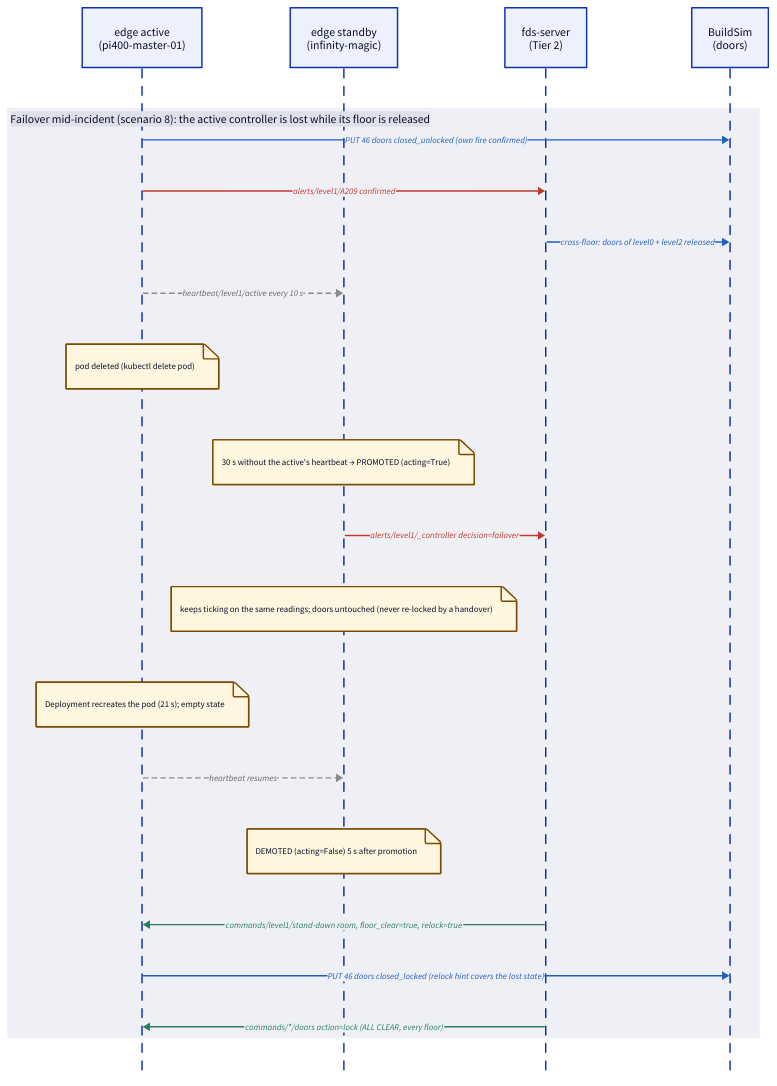
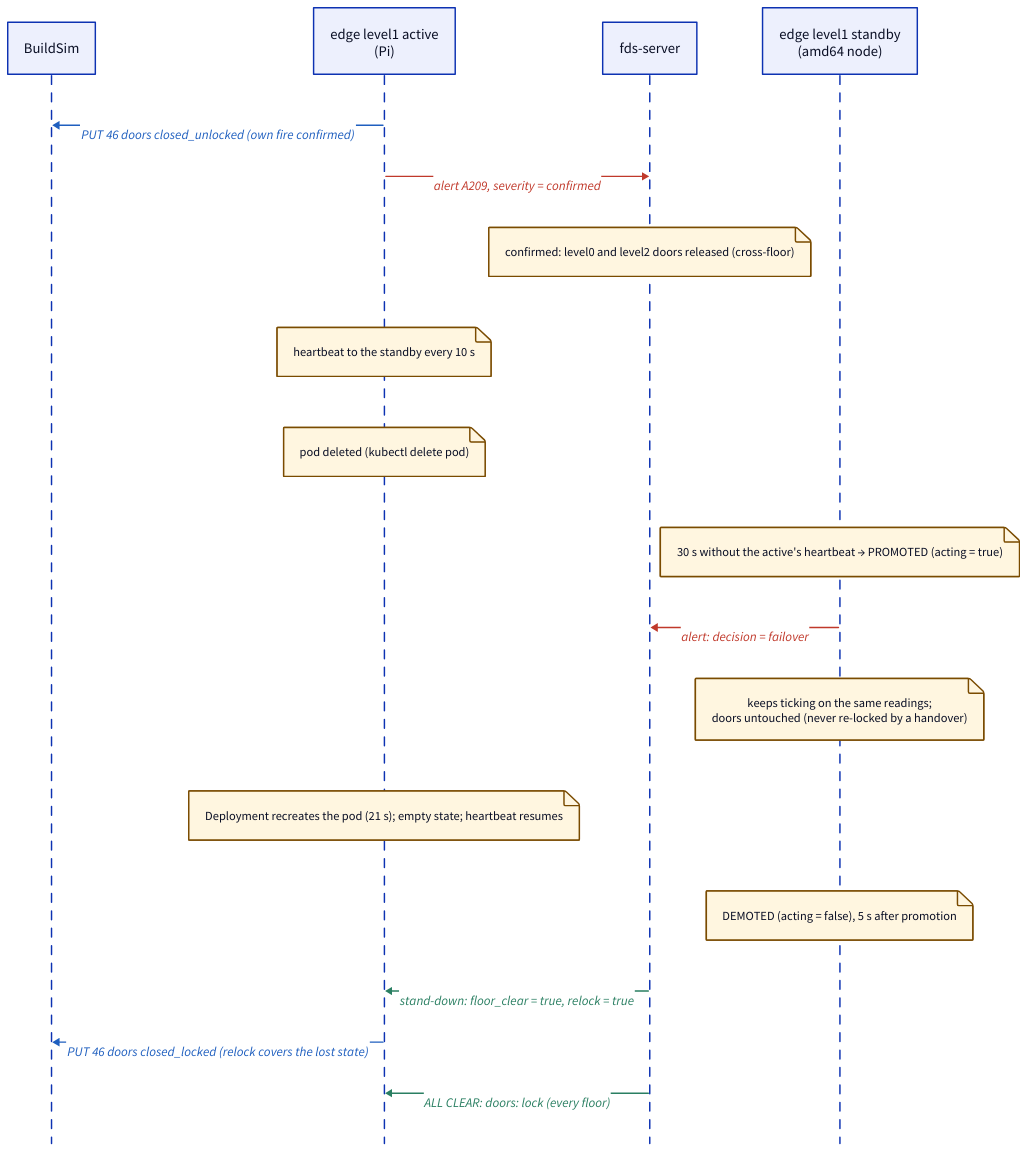
The diagram in docs/diagrams/03a-failover.d2 (applied-ai-ltu/d7065e), drawn with D2 before and after one commit. The commit also changed other lines of this file and 18 other files, not shown here.

Commit message:
docs: door-state diagram redrawn; acknowledgement of AI tool use in report and README

```diff
--- a/docs/diagrams/03a-failover.d2
+++ b/docs/diagrams/03a-failover.d2
@@ -1,31 +1,29 @@
 shape: sequence_diagram
 
 classes: {
-  hb: {style: {stroke: "#8a8a8a"; stroke-dash: 3; font-size: 12; font-color: "#666"}}
-  alert: {style: {stroke: "#c0392b"; font-color: "#c0392b"; font-size: 12}}
-  cmd: {style: {stroke: "#2a7f62"; font-color: "#2a7f62"; font-size: 12}}
-  rest: {style: {stroke: "#1f5fbf"; font-color: "#1f5fbf"; font-size: 12}}
-  note: {style: {font-size: 12; fill: "#fff6e0"; stroke: "#7a4b00"}}
+  hb: {style: {stroke: "#8a8a8a"; stroke-dash: 3; font-size: 18; font-color: "#666"}}
+  alert: {style: {stroke: "#c0392b"; font-color: "#c0392b"; font-size: 18}}
+  cmd: {style: {stroke: "#2a7f62"; font-color: "#2a7f62"; font-size: 18}}
+  rest: {style: {stroke: "#1f5fbf"; font-color: "#1f5fbf"; font-size: 18}}
+  note: {style: {font-size: 17; fill: "#fff6e0"; stroke: "#7a4b00"}}
+  actor: {style: {font-size: 20}}
 }
 
-active: "edge active\n(pi400-master-01)"
-standby: "edge standby\n(infinity-magic)"
-server: "fds-server\n(Tier 2)"
-buildsim: "BuildSim\n(doors)"
+buildsim: "BuildSim" {class: actor}
+active: "edge level1 active\n(Pi)" {class: actor}
+server: "fds-server" {class: actor}
+standby: "edge level1 standby\n(amd64 node)" {class: actor}
 
-A: "Failover mid-incident (scenario 8): the active controller is lost while its floor is released" {
-  active -> buildsim: "PUT 46 doors closed_unlocked (own fire confirmed)" {class: rest}
-  active -> server: "alerts/level1/A209 confirmed" {class: alert}
-  server -> buildsim: "cross-floor: doors of level0 + level2 released" {class: rest}
-  active -> standby: "heartbeat/level1/active every 10 s" {class: hb}
-  active."pod deleted (kubectl delete pod)" {class: note}
-  standby."30 s without the active's heartbeat → PROMOTED (acting=True)" {class: note}
-  standby -> server: "alerts/level1/_controller decision=failover" {class: alert}
-  standby."keeps ticking on the same readings; doors untouched (never re-locked by a handover)" {class: note}
-  active."Deployment recreates the pod (21 s); empty state" {class: note}
-  active -> standby: "heartbeat resumes" {class: hb}
-  standby."DEMOTED (acting=False) 5 s after promotion" {class: note}
-  server -> active: "commands/level1/stand-down  room, floor_clear=true, relock=true" {class: cmd}
-  active -> buildsim: "PUT 46 doors closed_locked (relock hint covers the lost state)" {class: rest}
-  server -> active: "commands/*/doors action=lock  (ALL CLEAR, every floor)" {class: cmd}
-}
+active -> buildsim: "\nPUT 46 doors closed_unlocked  (own fire confirmed)" {class: rest}
+active -> server: "\nalert A209, severity = confirmed" {class: alert}
+server."confirmed: level0 and level2 doors released (cross-floor)" {class: note}
+active."heartbeat to the standby every 10 s" {class: note}
+active."pod deleted (kubectl delete pod)" {class: note}
+standby."30 s without the active's heartbeat → PROMOTED (acting = true)" {class: note}
+standby -> server: "\nalert: decision = failover" {class: alert}
+standby."keeps ticking on the same readings;\ndoors untouched (never re-locked by a handover)" {class: note}
+active."Deployment recreates the pod (21 s); empty state; heartbeat resumes" {class: note}
+standby."DEMOTED (acting = false), 5 s after promotion" {class: note}
+server -> active: "\nstand-down: floor_clear = true, relock = true" {class: cmd}
+active -> buildsim: "\nPUT 46 doors closed_locked  (relock covers the lost state)" {class: rest}
+server -> active: "\nALL CLEAR: doors: lock (every floor)" {class: cmd}
```
